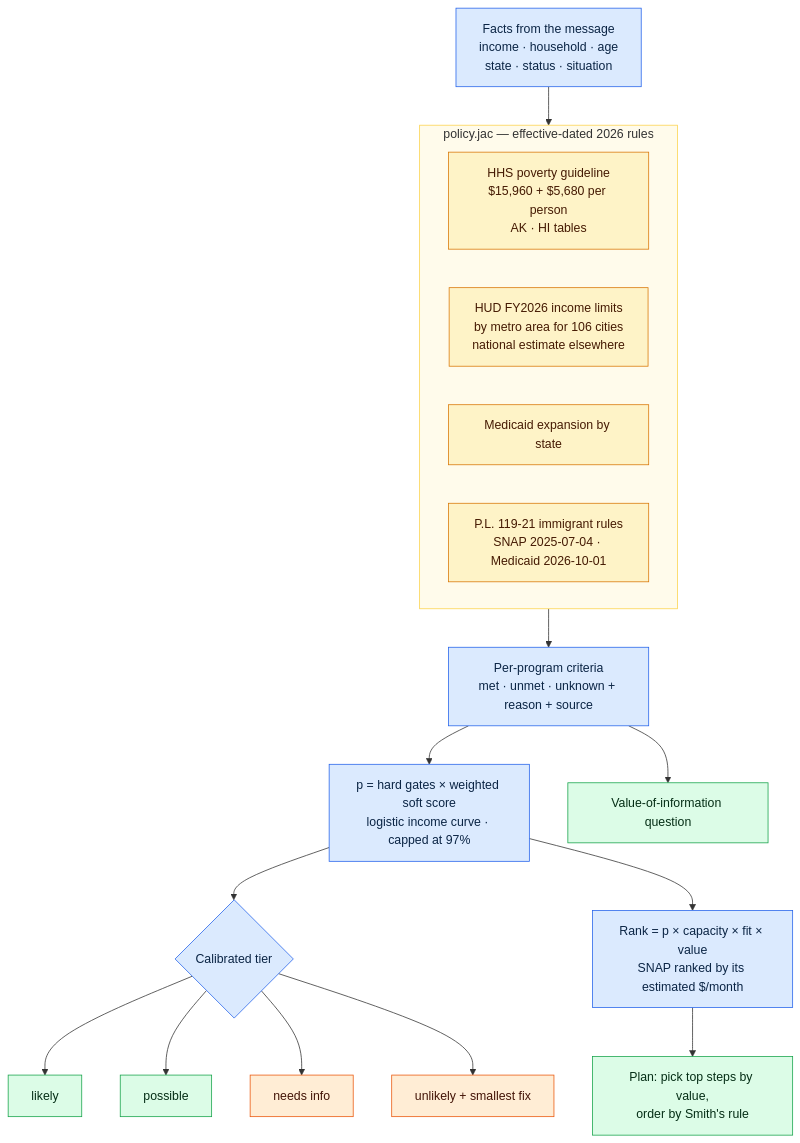
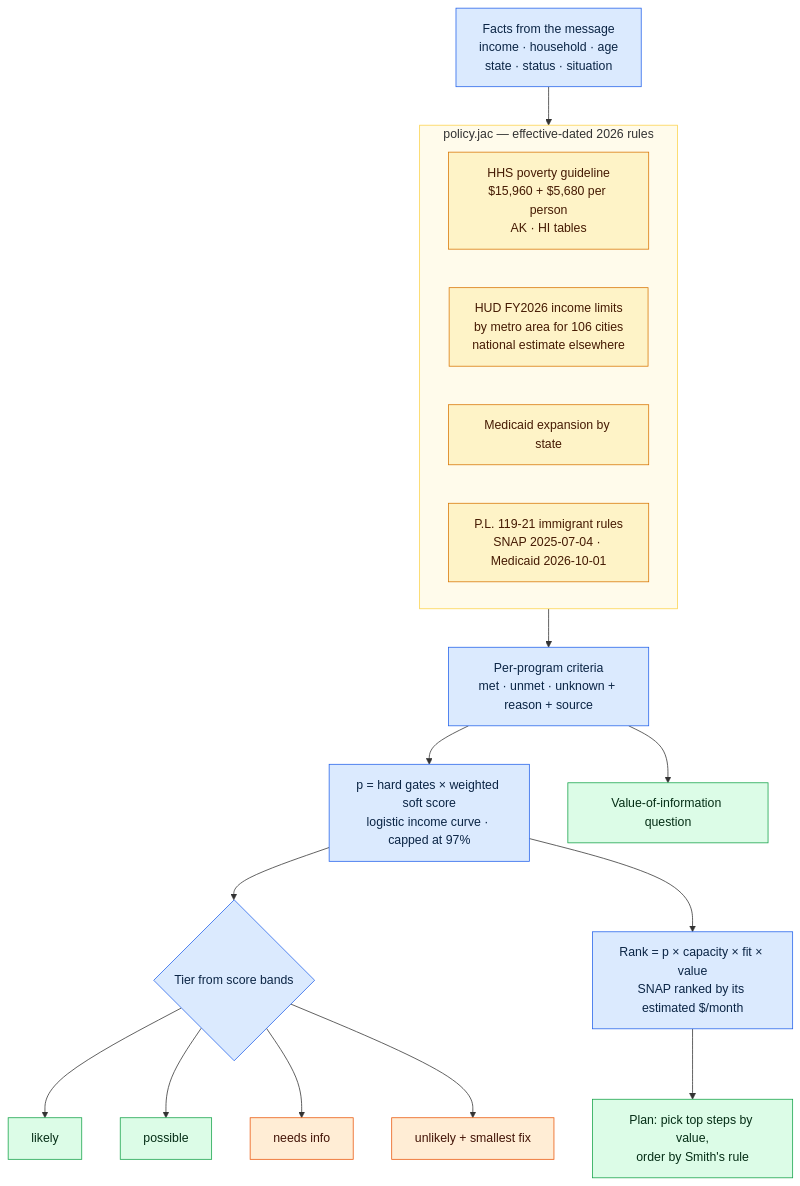
Before and after one commit to Anbu-00001/CivicMesh: the fifth of 11 diagrams in README.md, drawn with Mermaid. The commit also changed other lines of this file and 4 other files, not shown here.

First line of the commit message:
Say what it is: a rules engine on a graph; the score isn't a measured probability

````diff
--- a/README.md
+++ b/README.md
@@ -316,27 +344,27 @@
 ```mermaid
 flowchart TD
     F[Facts from the message<br/>income · household · age<br/>state · status · situation]:::det --> PT
     subgraph PT["policy.jac — effective-dated 2026 rules"]
         direction LR
         FPL[HHS poverty guideline<br/>$15,960 + $5,680 per person<br/>AK · HI tables]:::pol
         AMI[HUD FY2026 income limits<br/>by metro area for 106 cities<br/>national estimate elsewhere]:::pol
         MED[Medicaid expansion by state]:::pol
         IMM[P.L. 119-21 immigrant rules<br/>SNAP 2025-07-04 · Medicaid 2026-10-01]:::pol
     end
     PT --> CR[Per-program criteria<br/>met · unmet · unknown + reason + source]:::det
     CR --> SC["p = hard gates × weighted soft score<br/>logistic income curve · capped at 97%"]:::det
-    SC --> TI{Calibrated tier}:::det
+    SC --> TI{Tier from score bands}:::det
     TI --> LI[likely]:::ok
     TI --> PO[possible]:::ok
     TI --> NI[needs info]:::warn
     TI --> UN[unlikely + smallest fix]:::warn
     SC --> RK[Rank = p × capacity × fit × value<br/>SNAP ranked by its estimated $/month]:::det
     RK --> PL[Plan: pick top steps by value,<br/>order by Smith's rule]:::ok
     CR --> VQ[Value-of-information question]:::ok
 
     classDef det fill:#dbeafe,stroke:#2563eb,color:#0b2545
     classDef pol fill:#fef3c7,stroke:#d97706,color:#451a03
     classDef ok fill:#dcfce7,stroke:#16a34a,color:#052e16
     classDef warn fill:#ffedd5,stroke:#ea580c,color:#431407
     style PT fill:#fffbeb,stroke:#fcd34d
 ```
````
